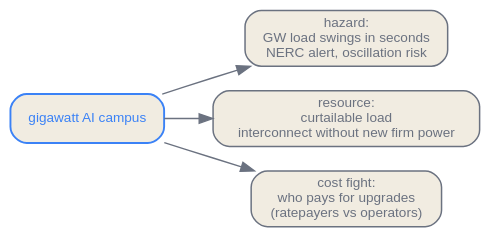
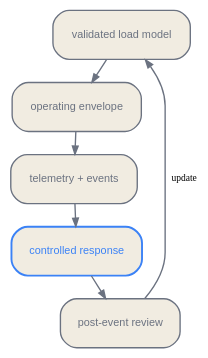
The third of 4 diagrams in en/infrastructure/07-powering-it.qmd (latere-ai/ai-as-an-infrastructure), drawn with Graphviz before and after one commit. The commit also changed other lines of this file and 4 other files, not shown here.

````diff
--- a/en/infrastructure/07-powering-it.qmd
+++ b/en/infrastructure/07-powering-it.qmd
@@ -176,19 +313,17 @@
 ```{dot}
-//| label: fig-powering-grid
-//| fig-cap: "The gigawatt campus as a two-sided object: a reliability hazard the grid must absorb (fast multi-gigawatt load swings) and, potentially, a flexible resource that curtails to interconnect faster. Which face dominates is the chapter's open question."
-digraph grid {
-  rankdir=LR;
-  bgcolor="transparent";
-  node [shape=box, style="rounded,filled", fontname="Helvetica", fontsize=10, color="#6b7280", fontcolor="#6b7280", fillcolor="#f1ece1", penwidth=1.1];
-  edge [color="#6b7280", fontcolor="#6b7280", fontsize=9];
-
-  dc [label="gigawatt AI campus", color="#3b82f6", fontcolor="#3b82f6", penwidth=1.4];
-  hazard [label="hazard:\nGW load swings in seconds\nNERC alert, oscillation risk"];
-  flex   [label="resource:\ncurtailable load\ninterconnect without new firm power"];
-  cost   [label="cost fight:\nwho pays for upgrades\n(ratepayers vs operators)"];
-
-  dc -> hazard;
-  dc -> flex;
-  dc -> cost;
+//| label: fig-powering-control
+//| fig-cap: "A large load becomes manageable through an operating loop: validated behavior, synchronized telemetry, operator limits, controlled response, and post-event evidence."
+digraph {
+  bgcolor="transparent"; rankdir=TB;
+  nodesep=0.14; ranksep=0.18;
+  node [shape=box, style="rounded,filled", fontname="Helvetica", fontsize=8, margin="0.10,0.06", color="#6b7280", fontcolor="#6b7280", fillcolor="#f1ece1"];
+  edge [color="#6b7280", arrowsize=0.6];
+  model [label="validated load model"];
+  limits [label="operating envelope"];
+  telemetry [label="telemetry + events"];
+  response [label="controlled response", color="#3b82f6", fontcolor="#3b82f6", penwidth=1.4];
+  evidence [label="post-event review"];
+  model -> limits -> telemetry -> response -> evidence;
+  evidence -> model [label=" update", fontsize=7];
 }
 ```
````
